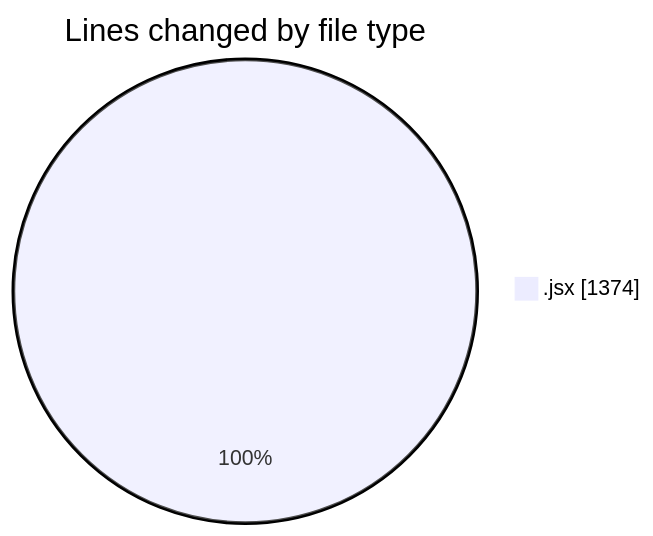
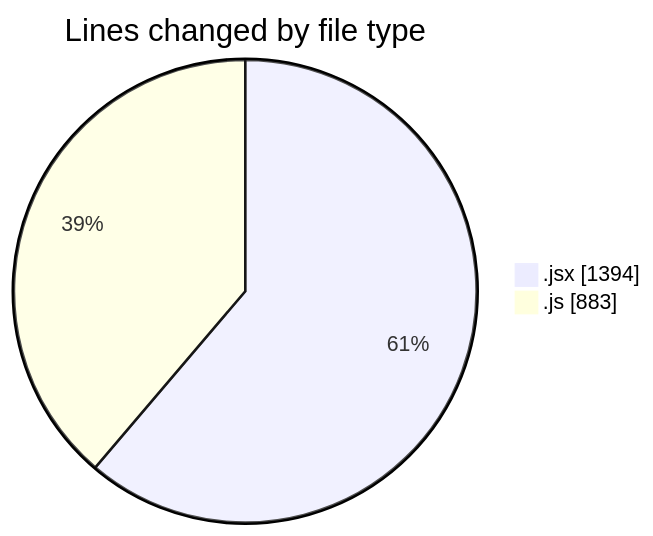
One commit to nxtqubesakshisongat/code-tracking changed the first of 2 diagrams in 2025-09-15/nxtqube_webapp/README.md. Above: the diagram before and after it, drawn with Mermaid. The commit also changed other lines of this file and 1 other file, not shown here.

````diff
--- a/2025-09-15/nxtqube_webapp/README.md
+++ b/2025-09-15/nxtqube_webapp/README.md
@@ -21,5 +22,6 @@
 ```mermaid
 pie showData
 title Lines changed by file type
-".jsx" : 1374
+".jsx" : 1394
+".js" : 883
 ```
````
